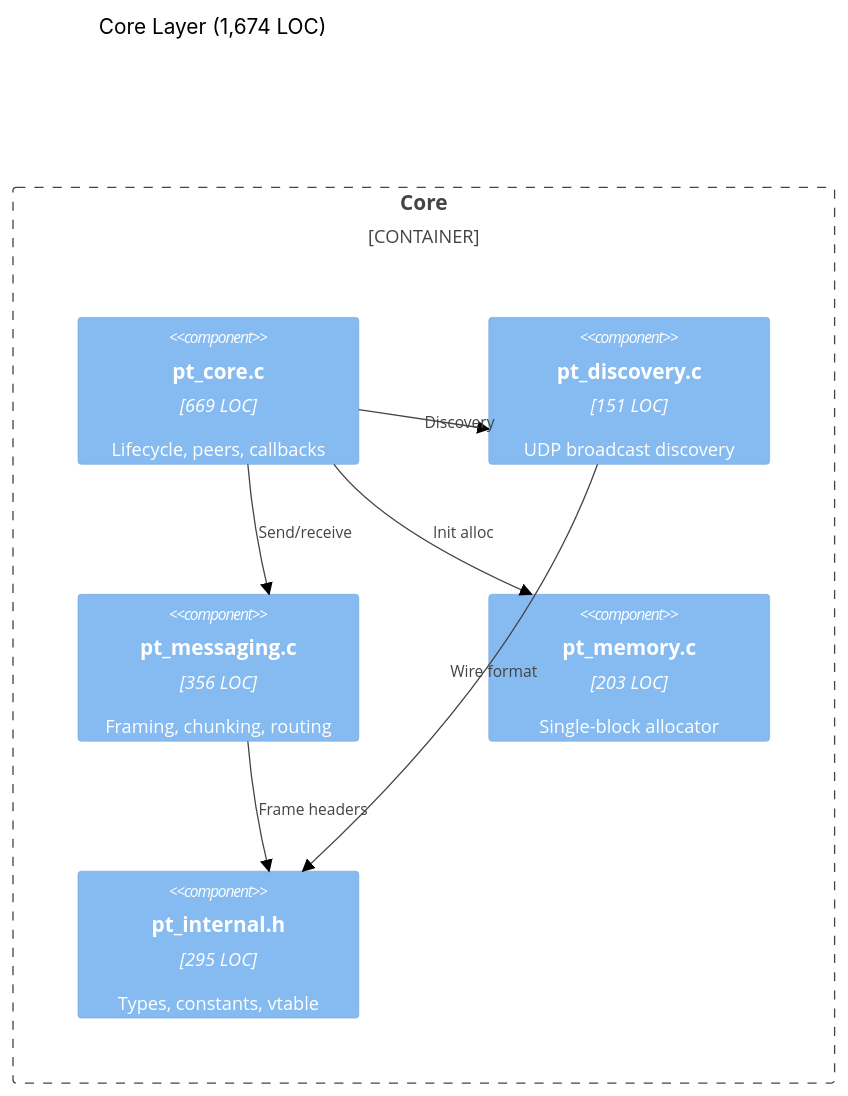
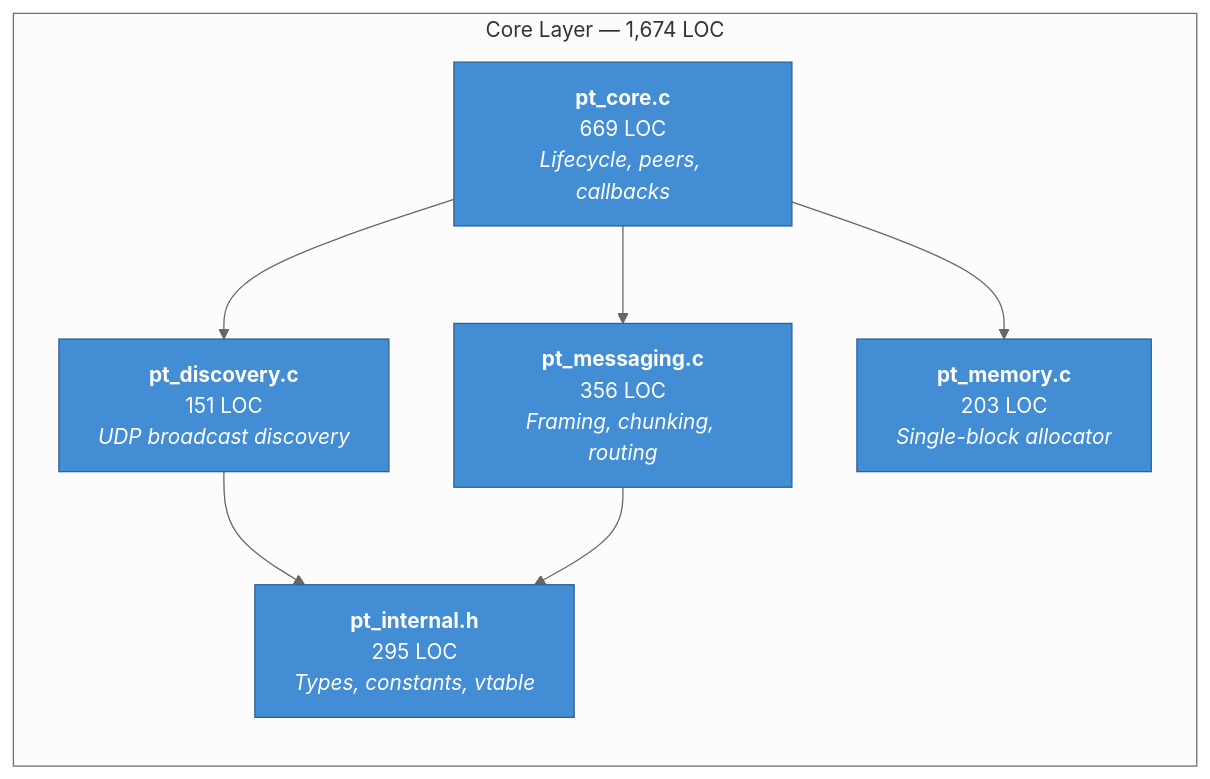
One commit to matthewdeaves/peertalk changed the third of 7 diagrams in ARCHITECTURE.md. Above: the diagram before and after it, drawn with Mermaid (neutral theme). The commit also changed other lines of this file and 1 other file, not shown here.

First line of the commit message:
docs: Switch to standard Mermaid flowcharts for all diagrams

````diff
--- a/ARCHITECTURE.md
+++ b/ARCHITECTURE.md
@@ -48,18 +54,22 @@
 ```mermaid
-C4Component
-    title Core Layer (1,674 LOC)
+graph LR
+    subgraph Core ["Core Layer — 1,674 LOC"]
+        ptcore["<b>pt_core.c</b><br/>669 LOC<br/><i>Lifecycle, peers, callbacks</i>"]
+        disc["<b>pt_discovery.c</b><br/>151 LOC<br/><i>UDP broadcast discovery</i>"]
+        msg["<b>pt_messaging.c</b><br/>356 LOC<br/><i>Framing, chunking, routing</i>"]
+        mem["<b>pt_memory.c</b><br/>203 LOC<br/><i>Single-block allocator</i>"]
+        internal["<b>pt_internal.h</b><br/>295 LOC<br/><i>Types, constants, vtable</i>"]
+    end
 
-    Container_Boundary(core, "Core") {
-        Component(ptcore, "pt_core.c", "669 LOC", "Lifecycle, peers, callbacks")
-        Component(disc, "pt_discovery.c", "151 LOC", "UDP broadcast discovery")
-        Component(msg, "pt_messaging.c", "356 LOC", "Framing, chunking, routing")
-        Component(mem, "pt_memory.c", "203 LOC", "Single-block allocator")
-        Component(internal, "pt_internal.h", "295 LOC", "Types, constants, vtable")
-    }
+    ptcore --> disc
+    ptcore --> msg
+    ptcore --> mem
+    disc --> internal
+    msg --> internal
 
-    Rel(ptcore, disc, "Discovery")
-    Rel(ptcore, msg, "Send/receive")
-    Rel(ptcore, mem, "Init alloc")
-    Rel(disc, internal, "Wire format")
-    Rel(msg, internal, "Frame headers")
+    style ptcore fill:#438dd5,stroke:#2e6295,color:#fff
+    style disc fill:#438dd5,stroke:#2e6295,color:#fff
+    style msg fill:#438dd5,stroke:#2e6295,color:#fff
+    style mem fill:#438dd5,stroke:#2e6295,color:#fff
+    style internal fill:#438dd5,stroke:#2e6295,color:#fff
 ```
````
